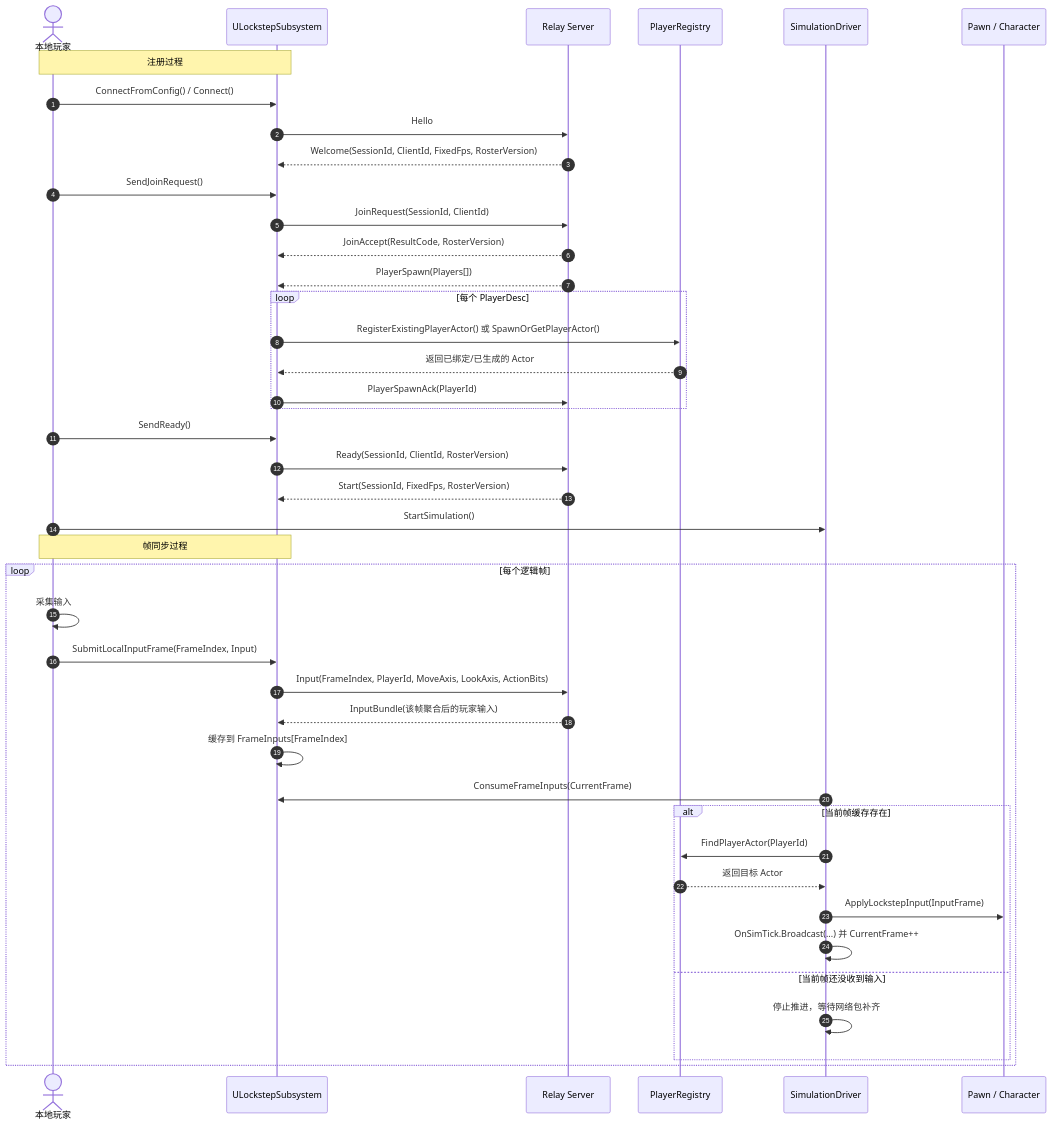
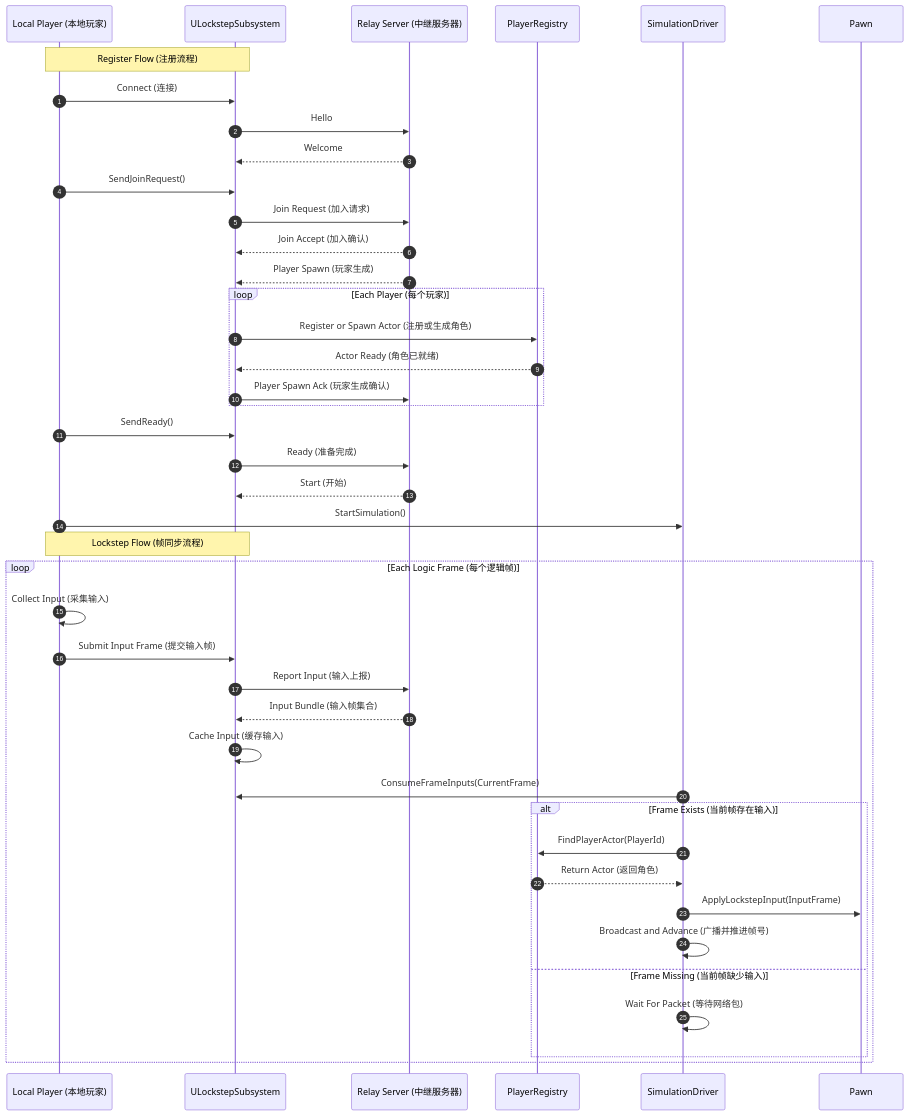
Before and after one commit to liguanyu/UE_LockStepThirdPerson: the diagram in README.md, drawn with Mermaid.

Commit message:
尝试更新mermaid

````diff
--- a/README.md
+++ b/README.md
@@ -36,51 +36,51 @@
 ```mermaid
 sequenceDiagram
     autonumber
-    actor Local as 本地玩家
+    participant Local as Local Player (本地玩家)
     participant Client as ULockstepSubsystem
-    participant Relay as Relay Server
+    participant Relay as Relay Server (中继服务器)
     participant Registry as PlayerRegistry
     participant Sim as SimulationDriver
-    participant Pawn as Pawn / Character
+    participant Pawn as Pawn
 
-    Note over Local,Client: 注册过程
-    Local->>Client: ConnectFromConfig() / Connect()
+    Note over Local,Client: Register Flow (注册流程)
+    Local->>Client: Connect (连接)
     Client->>Relay: Hello
-    Relay-->>Client: Welcome(SessionId, ClientId, FixedFps, RosterVersion)
+    Relay-->>Client: Welcome
 
     Local->>Client: SendJoinRequest()
-    Client->>Relay: JoinRequest(SessionId, ClientId)
-    Relay-->>Client: JoinAccept(ResultCode, RosterVersion)
+    Client->>Relay: Join Request (加入请求)
+    Relay-->>Client: Join Accept (加入确认)
 
-    Relay-->>Client: PlayerSpawn(Players[])
-    loop 每个 PlayerDesc
-        Client->>Registry: RegisterExistingPlayerActor() 或 SpawnOrGetPlayerActor()
-        Registry-->>Client: 返回已绑定/已生成的 Actor
-        Client->>Relay: PlayerSpawnAck(PlayerId)
+    Relay-->>Client: Player Spawn (玩家生成)
+    loop Each Player (每个玩家)
+        Client->>Registry: Register or Spawn Actor (注册或生成角色)
+        Registry-->>Client: Actor Ready (角色已就绪)
+        Client->>Relay: Player Spawn Ack (玩家生成确认)
     end
 
     Local->>Client: SendReady()
-    Client->>Relay: Ready(SessionId, ClientId, RosterVersion)
-    Relay-->>Client: Start(SessionId, FixedFps, RosterVersion)
+    Client->>Relay: Ready (准备完成)
+    Relay-->>Client: Start (开始)
 
     Local->>Sim: StartSimulation()
 
-    Note over Local,Client: 帧同步过程
-    loop 每个逻辑帧
-        Local->>Local: 采集输入
-        Local->>Client: SubmitLocalInputFrame(FrameIndex, Input)
-        Client->>Relay: Input(FrameIndex, PlayerId, MoveAxis, LookAxis, ActionBits)
-        Relay-->>Client: InputBundle(该帧聚合后的玩家输入)
-        Client->>Client: 缓存到 FrameInputs[FrameIndex]
+    Note over Local,Client: Lockstep Flow (帧同步流程)
+    loop Each Logic Frame (每个逻辑帧)
+        Local->>Local: Collect Input (采集输入)
+        Local->>Client: Submit Input Frame (提交输入帧)
+        Client->>Relay: Report Input (输入上报)
+        Relay-->>Client: Input Bundle (输入帧集合)
+        Client->>Client: Cache Input (缓存输入)
 
         Sim->>Client: ConsumeFrameInputs(CurrentFrame)
-        alt 当前帧缓存存在
+        alt Frame Exists (当前帧存在输入)
             Sim->>Registry: FindPlayerActor(PlayerId)
-            Registry-->>Sim: 返回目标 Actor
+            Registry-->>Sim: Return Actor (返回角色)
             Sim->>Pawn: ApplyLockstepInput(InputFrame)
-            Sim->>Sim: OnSimTick.Broadcast(...) 并 CurrentFrame++
-        else 当前帧还没收到输入
-            Sim->>Sim: 停止推进，等待网络包补齐
+            Sim->>Sim: Broadcast and Advance (广播并推进帧号)
+        else Frame Missing (当前帧缺少输入)
+            Sim->>Sim: Wait For Packet (等待网络包)
         end
     end
 ```
````
